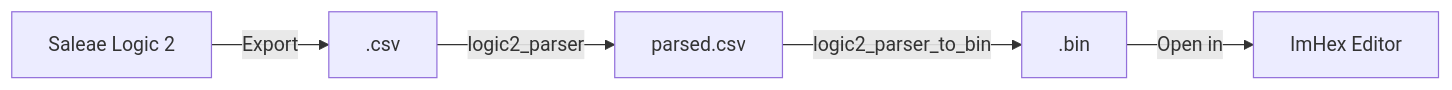
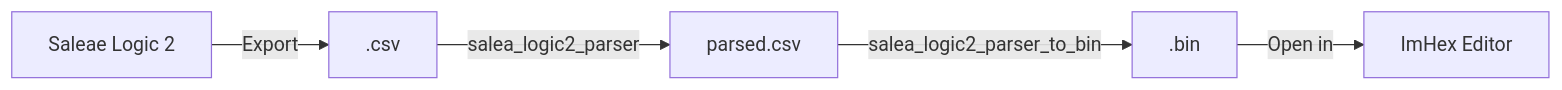
One commit to ibrahim-isikli/salea-logic-2-parser-to-bin changed the diagram in README.md. Above: the diagram before and after it, drawn with Mermaid. The commit also changed other lines of this file, not shown here.

````diff
--- a/README.md
+++ b/README.md
@@ -11,7 +11,7 @@
 ```mermaid
 flowchart LR
     A[Saleae Logic 2] -->|Export| B[.csv]
-    B -->|logic2_parser| C[parsed.csv]
-    C -->|logic2_parser_to_bin| D[.bin]
+    B -->|salea_logic2_parser| C[parsed.csv]
+    C -->|salea_logic2_parser_to_bin| D[.bin]
     D -->|Open in| E[ImHex Editor]
 ```
````
